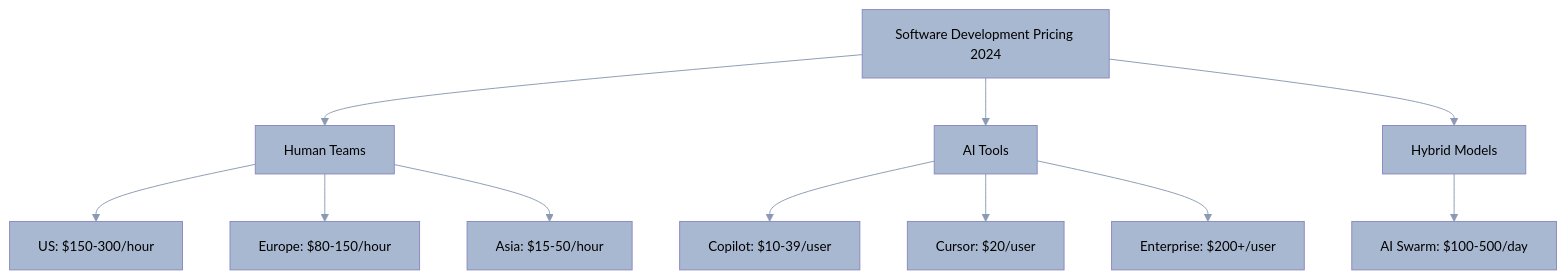
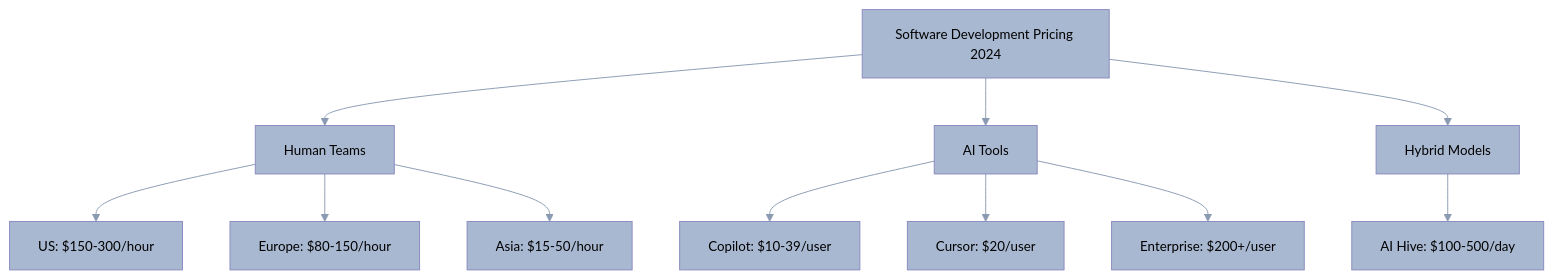
One commit to o2alexanderfedin/AI-Hive-Business-Docs changed the first of 9 diagrams in business-documents/market-analysis/06-pricing-analysis.md. Above: the diagram before and after it, drawn with Mermaid. The commit also changed other lines of this file and 22 other files, not shown here.

First line of the commit message:
Replace all references from 'AI Swarm' to 'AI Hive' across project

````diff
--- a/business-documents/market-analysis/06-pricing-analysis.md
+++ b/business-documents/market-analysis/06-pricing-analysis.md
@@ -12,78 +12,78 @@
 ```mermaid
 %%{init: {
   'theme': 'base',
   'themeVariables': {
     'primaryColor': '#A8B8D0',
     'primaryTextColor': '#000000',
     'primaryBorderColor': '#8A9AB2',
     'lineColor': '#8A9AB2',
     'secondaryColor': '#5DBCB6',
     'secondaryTextColor': '#000000',
     'secondaryBorderColor': '#3D9A94',
     'tertiaryColor': '#84D4F5',
     'tertiaryTextColor': '#000000',
     'tertiaryBorderColor': '#5ABCD8',
     'background': '#F5F5F5',
     'mainBkg': '#A8B8D0',
     'secondBkg': '#5DBCB6',
     'tertiaryBkg': '#84D4F5',
     'mainContrastColor': '#000000',
     'darkMode': false,
     'fontFamily': 'Arial, sans-serif',
     'fontSize': '14px',
     'labelBackground': '#E8E8E8',
     'textColor': '#000000',
     'nodeBkg': '#B3B2D8',
     'nodeTextColor': '#000000',
     'nodeBorder': '#8A89C0',
     'clusterBkg': '#E5C4CA',
     'clusterBorder': '#CDA2AB',
     'defaultLinkColor': '#8A9AB2',
     'titleColor': '#000000',
     'edgeLabelBackground': '#F5F5F5',
     'actorBorder': '#8A9AB2',
     'actorBkg': '#B3B2D8',
     'actorTextColor': '#000000',
     'actorLineColor': '#8A9AB2',
     'signalColor': '#000000',
     'signalTextColor': '#000000',
     'activationBorderColor': '#8A9AB2',
     'activationBkgColor': '#E5C4CA',
     'sequenceNumberColor': '#000000',
     'sectionBkgColor': '#FFD54F',
     'altSectionBkgColor': '#FFB74D',
     'sectionBkgColor2': '#E1B3C4',
     'taskBorderColor': '#8A9AB2',
     'taskBkgColor': '#B3B2D8',
     'taskTextColor': '#000000',
     'taskTextLightColor': '#000000',
     'taskTextOutsideColor': '#000000',
     'taskTextClickableColor': '#000000',
     'activeTaskBorderColor': '#A8B8D0',
     'activeTaskBkgColor': '#84D4F5',
     'gridColor': '#C0C0C0',
     'doneTaskBkgColor': '#5DBCB6',
     'doneTaskBorderColor': '#3D9A94',
     'critBorderColor': '#E27D00',
     'critBkgColor': '#FFB74D',
     'todayLineColor': '#E27D00',
     'labelColor': '#000000',
     'errorBkgColor': '#E1B3C4',
     'errorTextColor': '#000000'
   }
 }}%%
 graph TD
     A[Software Development Pricing 2024] --> B[Human Teams]
     A --> C[AI Tools]
     A --> D[Hybrid Models]
 
     B --> B1[US: $150-300/hour]
     B --> B2[Europe: $80-150/hour]
     B --> B3[Asia: $15-50/hour]
 
     C --> C1[Copilot: $10-39/user]
     C --> C2[Cursor: $20/user]
     C --> C3[Enterprise: $200+/user]
 
-    D --> D1[AI Swarm: $100-500/day]
+    D --> D1[AI Hive: $100-500/day]
 ```
````
